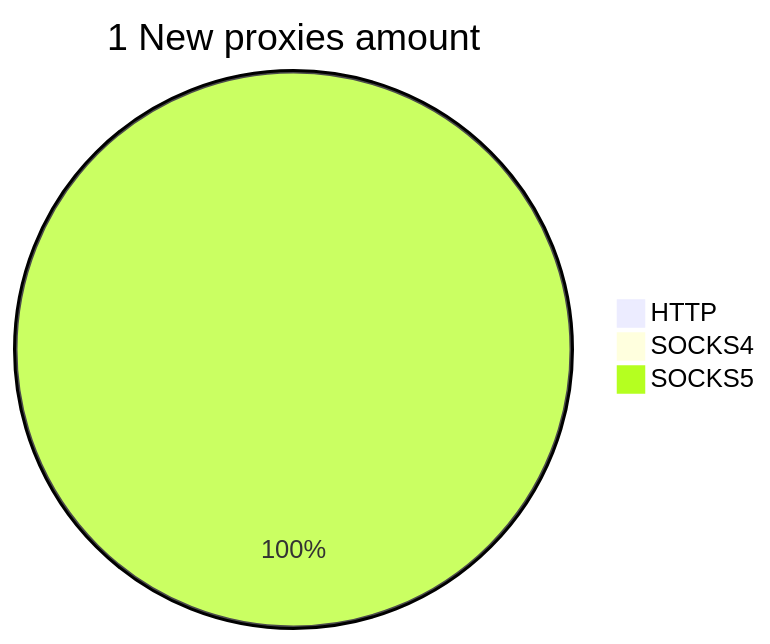
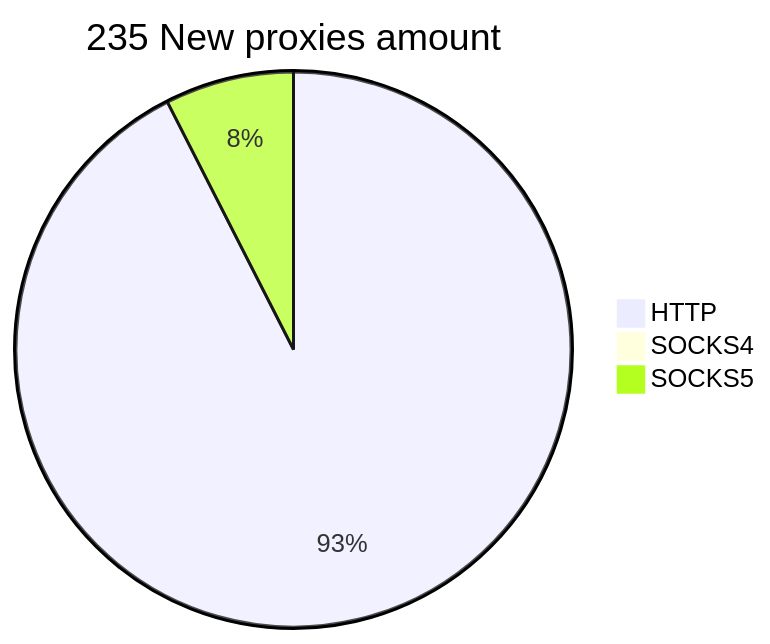
One commit to cutipu/proxylist changed the second of 2 diagrams in README.md. Above: the diagram before and after it, drawn with Mermaid. The commit also changed other lines of this file, not shown here.

````diff
--- a/README.md
+++ b/README.md
@@ -10,6 +10,6 @@
 ```mermaid
-pie title 1 New proxies amount
-    "HTTP" : 0
+pie title 235 New proxies amount
+    "HTTP" : 222
     "SOCKS4" : 0
-    "SOCKS5" : 5
+    "SOCKS5" : 18
 ```
````
